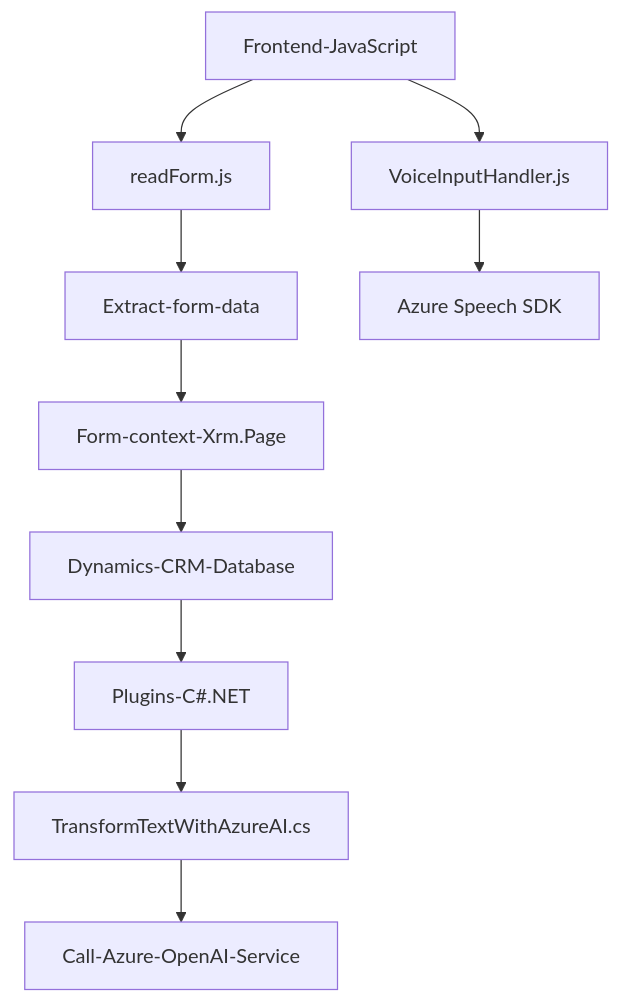
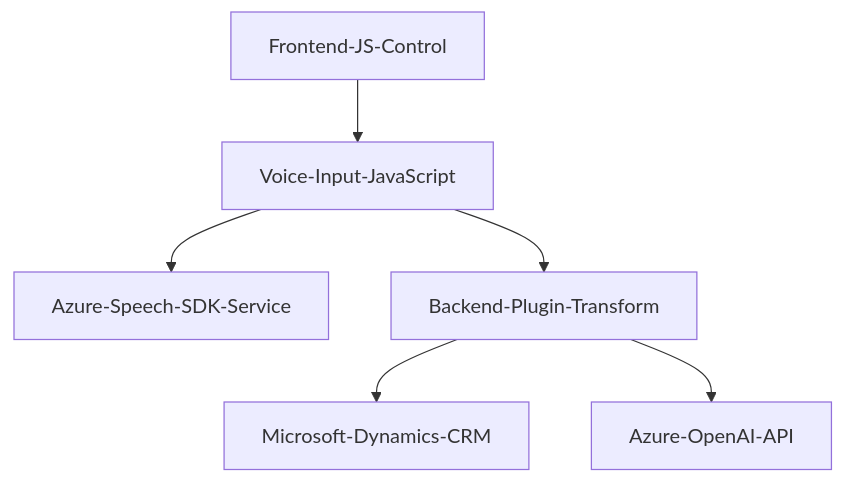
One commit to blopezdm/NETCORE_BILBAO2025 changed the diagram in README.md. Above: the diagram before and after it, drawn with Mermaid. The commit also changed other lines of this file, not shown here.

````diff
--- a/README.md
+++ b/README.md
@@ -34,13 +43,14 @@
 ```mermaid
 graph TD
-  A["Frontend-JavaScript"] --> B["VoiceInputHandler.js"]
-  A --> C["readForm.js"]
-  C --> D["Extract-form-data"]
-  B --> E["Azure Speech SDK"]
-  D --> F["Form-context-Xrm.Page"]
-  F --> G["Dynamics-CRM-Database"]
-  
-  G --> H["Plugins-C#.NET"]
-  H --> I["TransformTextWithAzureAI.cs"]
-  I --> J["Call-Azure-OpenAI-Service"]
+    A["Frontend-JS-Control"]
+    B["Voice-Input-JavaScript"]
+    C["Azure-Speech-SDK-Service"]
+    D["Backend-Plugin-Transform"]
+    E["Azure-OpenAI-API"]
+    F["Microsoft-Dynamics-CRM"]
+    A --> B
+    B --> C
+    B --> D
+    D --> F
+    D --> E
 ```
````
